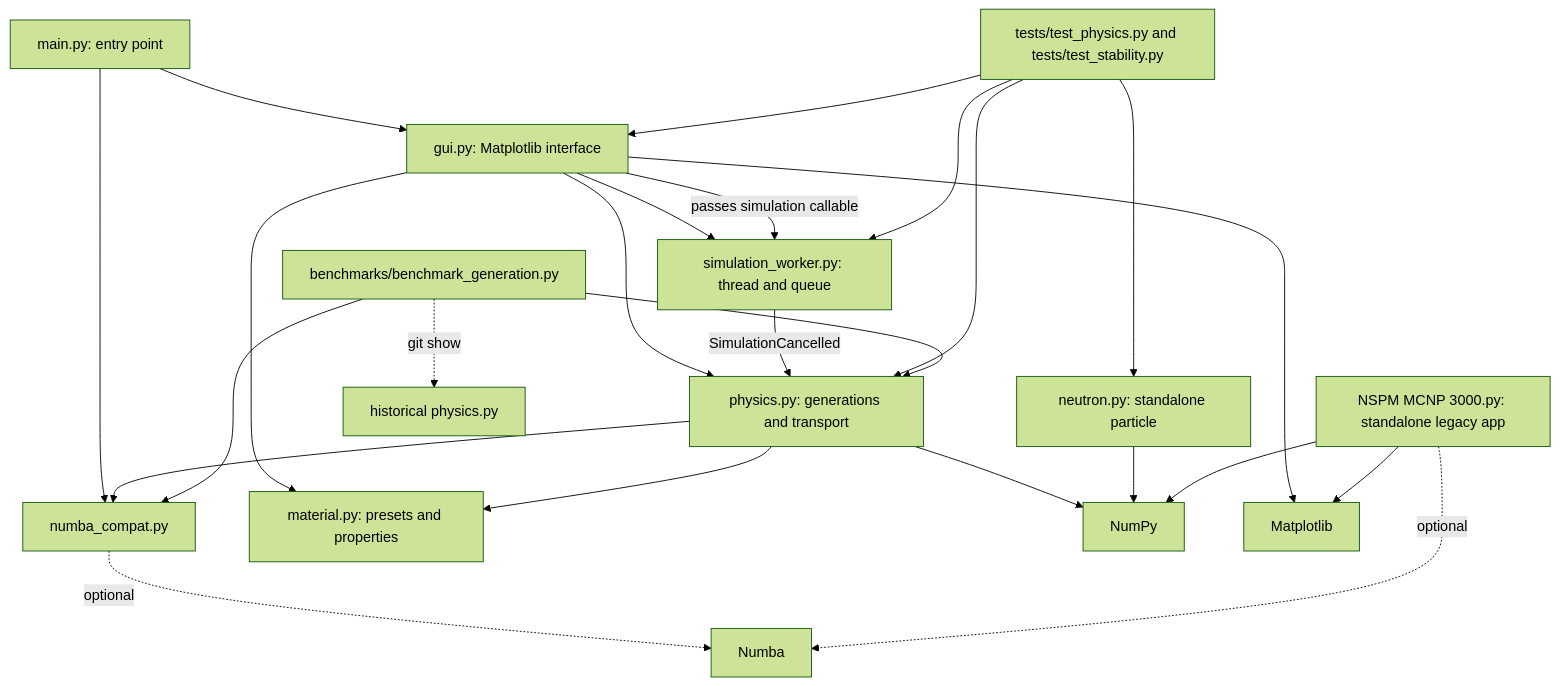
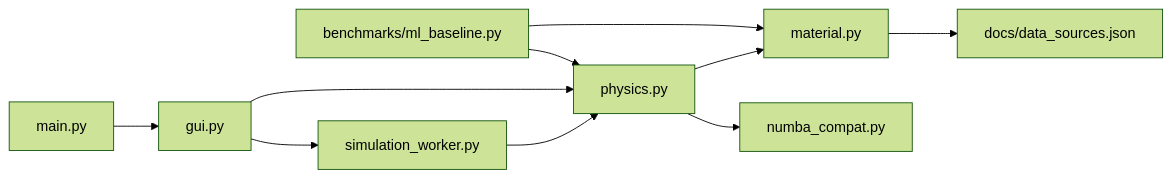
Before and after one commit to aluninum212121/HeliosMC: the diagram in docs/ARCHITECTURE_AUDIT.md, drawn with Mermaid (forest theme). The commit also changed other lines of this file and 93 other files, not shown here.

````diff
--- a/docs/ARCHITECTURE_AUDIT.md
+++ b/docs/ARCHITECTURE_AUDIT.md
@@ -372,26 +10,12 @@
 ```mermaid
-flowchart TD
-    Main[main.py: entry point] --> GUI[gui.py: Matplotlib interface]
-    Main --> Compat[numba_compat.py]
-    GUI --> Worker[simulation_worker.py: thread and queue]
-    GUI --> Physics[physics.py: generations and transport]
-    GUI --> Materials[material.py: presets and properties]
-    GUI -->|passes simulation callable| Worker
-    Worker -->|SimulationCancelled| Physics
-    Physics --> Materials
-    Physics --> Compat
-    Compat -. optional .-> Numba[Numba]
-    Physics --> NumPy[NumPy]
-    GUI --> MPL[Matplotlib]
-    Neutron[neutron.py: standalone particle] --> NumPy
-    Legacy[NSPM MCNP 3000.py: standalone legacy app] --> NumPy
-    Legacy --> MPL
-    Legacy -. optional .-> Numba
-    Tests[tests/test_physics.py and tests/test_stability.py] --> Physics
-    Tests --> GUI
-    Tests --> Worker
-    Tests --> Neutron
-    Benchmark[benchmarks/benchmark_generation.py] --> Physics
-    Benchmark --> Compat
-    Benchmark -. git show .-> Historical[historical physics.py]
+flowchart LR
+    main[main.py] --> gui[gui.py]
+    gui --> worker[simulation_worker.py]
+    worker --> physics[physics.py]
+    gui --> physics
+    physics --> material[material.py]
+    physics --> compat[numba_compat.py]
+    ml[benchmarks/ml_baseline.py] --> physics
+    ml --> material
+    material --> catalog[docs/data_sources.json]
 ```
````
